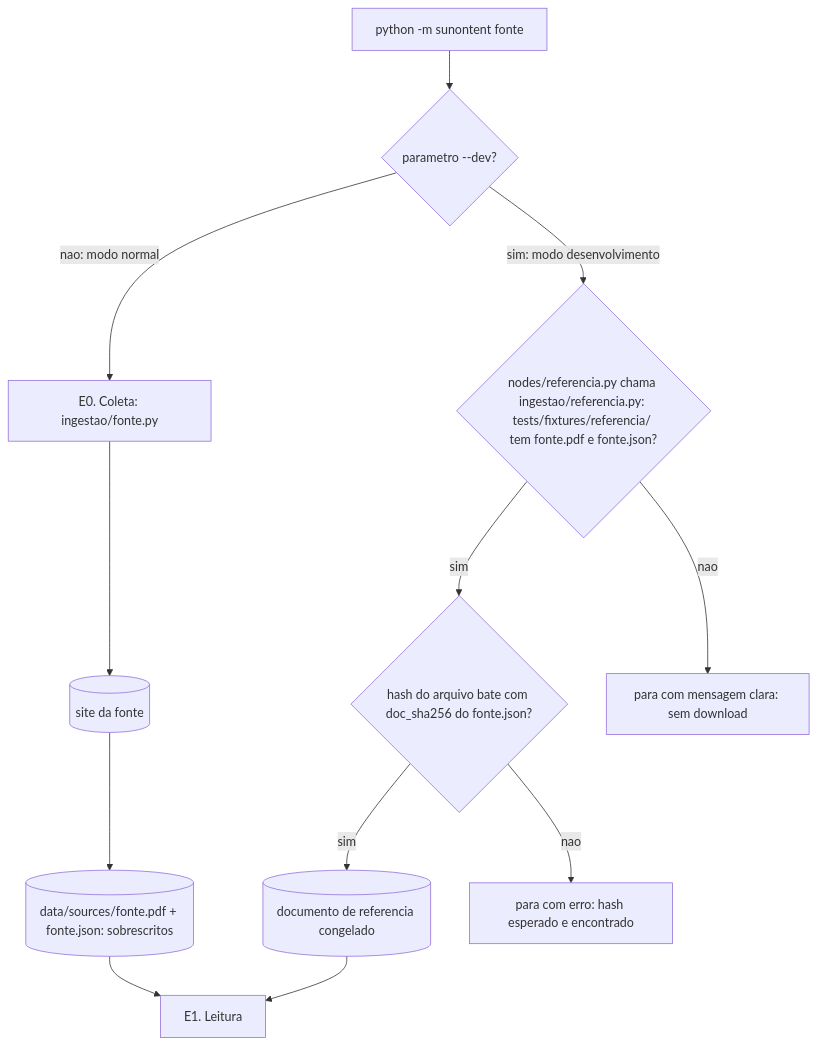
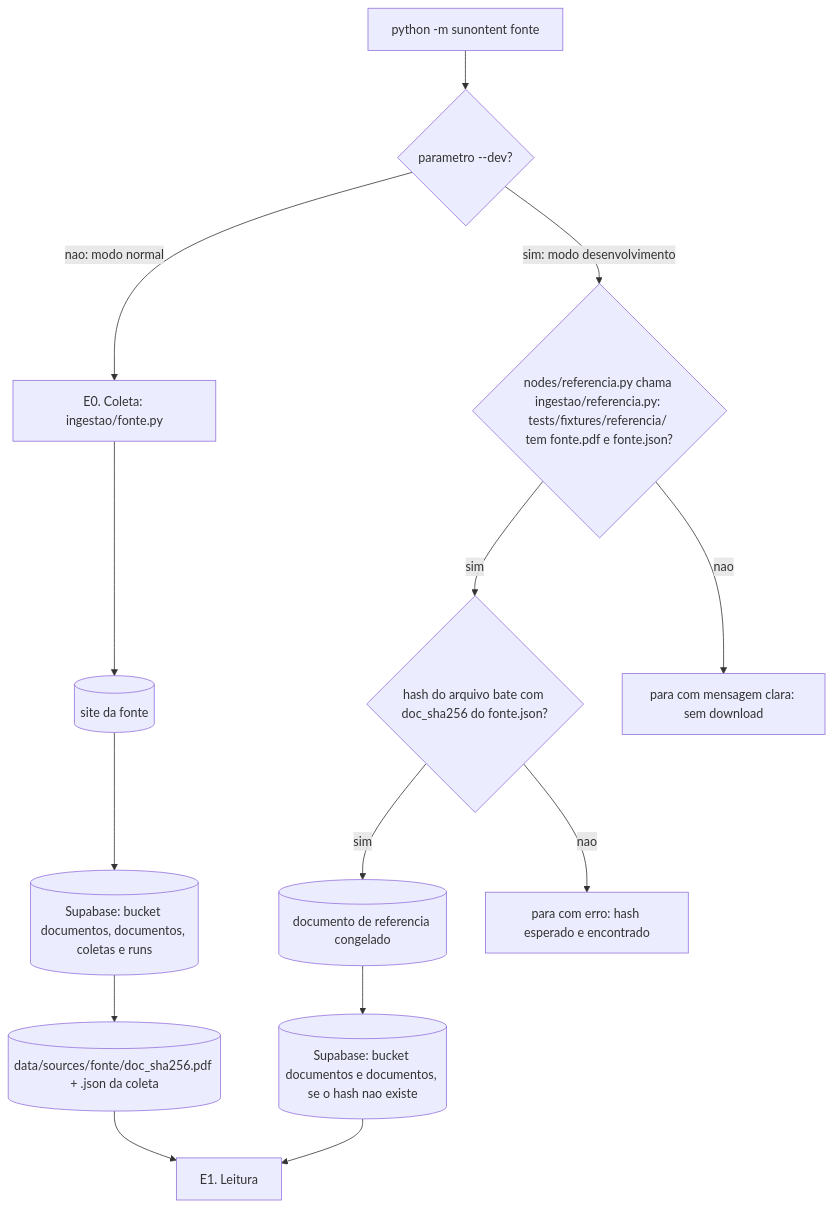
Before and after one commit to lcordeirokopke/financAI: the diagram in docs/fluxos/ingestao.md, drawn with Mermaid. The commit also changed other lines of this file and 15 other files, not shown here.

````diff
--- a/docs/fluxos/ingestao.md
+++ b/docs/fluxos/ingestao.md
@@ -43,16 +44,18 @@
 ```mermaid
 flowchart TD
     CLI["python -m sunontent fonte"] --> MODO{"parametro --dev?"}
 
     MODO -->|"nao: modo normal"| E0["E0. Coleta: ingestao/fonte.py"]
     E0 --> WEB[("site da fonte")]
-    WEB --> SRC[("data/sources/fonte.pdf + fonte.json: sobrescritos")]
+    WEB --> SB[("Supabase: bucket documentos, documentos, coletas e runs")]
+    SB --> SRC[("data/sources/fonte/doc_sha256.pdf + .json da coleta")]
     SRC --> E1["E1. Leitura"]
 
     MODO -->|"sim: modo desenvolvimento"| CHK{"nodes/referencia.py chama ingestao/referencia.py: tests/fixtures/referencia/ tem fonte.pdf e fonte.json?"}
     CHK -->|"sim"| HASH{"hash do arquivo bate com doc_sha256 do fonte.json?"}
     HASH -->|"sim"| REF[("documento de referencia congelado")]
     HASH -->|"nao"| STOPH["para com erro: hash esperado e encontrado"]
-    REF --> E1
+    REF --> SBR[("Supabase: bucket documentos e documentos, se o hash nao existe")]
+    SBR --> E1
     CHK -->|"nao"| STOP["para com mensagem clara: sem download"]
 ```
````
